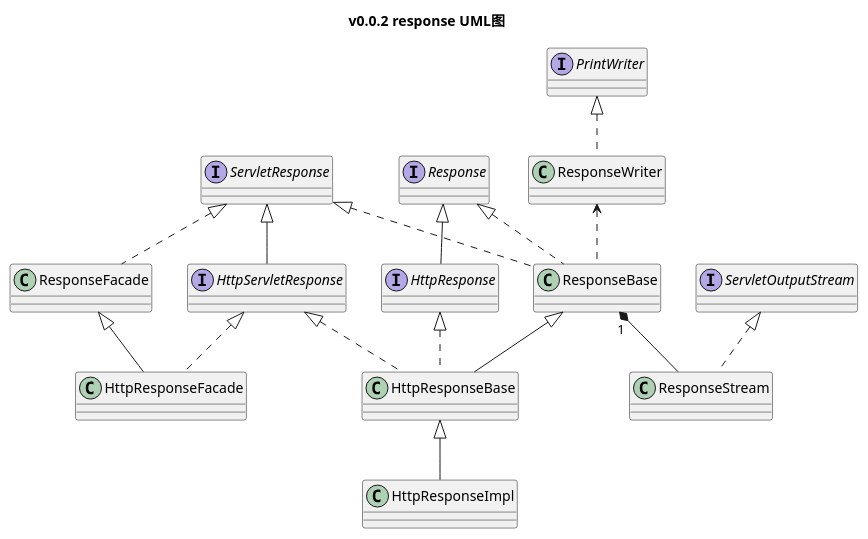
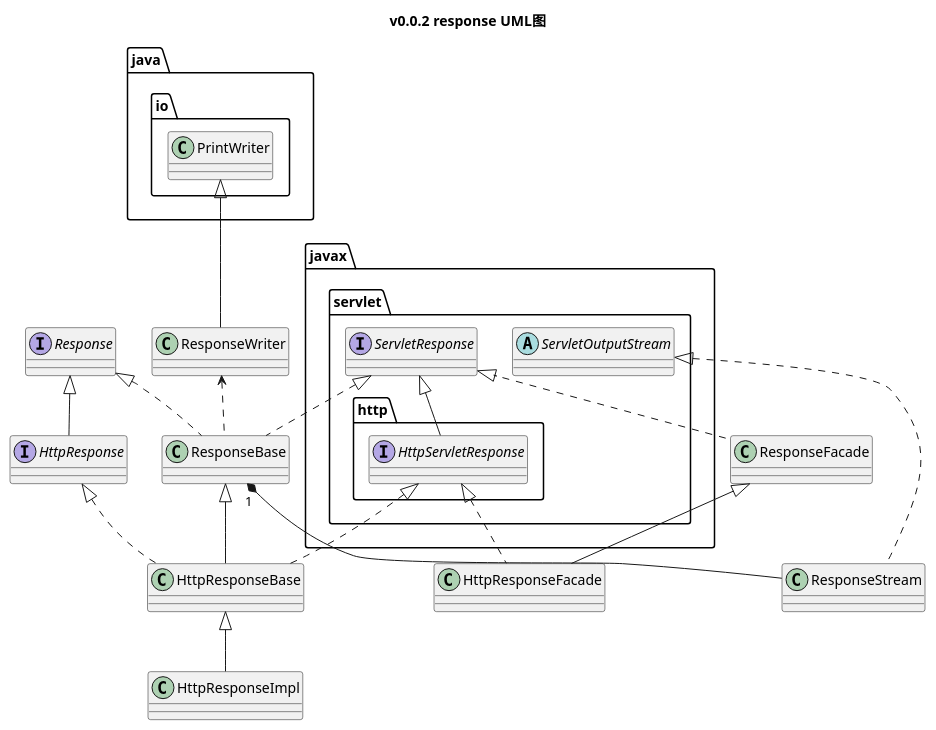
Before and after one commit to Executioner2/http-server: the diagram in uml/v0.0.2/response.puml, drawn with PlantUML. The commit also changed 10 other files, not shown here.

```diff
--- a/uml/v0.0.2/response.puml
+++ b/uml/v0.0.2/response.puml
@@ -1,34 +1,34 @@
 @startuml
 
 title v0.0.2 response UML图
 interface Response
-interface ServletResponse
-interface HttpServletResponse
+interface javax.servlet.ServletResponse
+interface javax.servlet.http.HttpServletResponse
 interface HttpResponse
-interface ServletOutputStream
-interface PrintWriter
+abstract class javax.servlet.ServletOutputStream
+class java.io.PrintWriter
 class ResponseBase
 class HttpResponseBase
 class HttpResponseImpl
 class ResponseFacade
 class HttpResponseFacade
 class ResponseWriter
 class ResponseStream
 
 Response <|-- HttpResponse
-ServletResponse <|-- HttpServletResponse
+javax.servlet.ServletResponse <|-- javax.servlet.http.HttpServletResponse
 ResponseBase <|-- HttpResponseBase
 ResponseFacade <|-- HttpResponseFacade
 HttpResponseBase <|-- HttpResponseImpl
+java.io.PrintWriter <|-- ResponseWriter
 Response <|.. ResponseBase
 HttpResponse <|.. HttpResponseBase
-ServletResponse <|.. ResponseBase
-HttpServletResponse <|.. HttpResponseBase
-ServletResponse <|.. ResponseFacade
-HttpServletResponse <|.. HttpResponseFacade
-PrintWriter <|.. ResponseWriter
-ServletOutputStream <|.. ResponseStream
+javax.servlet.ServletResponse <|.. ResponseBase
+javax.servlet.http.HttpServletResponse <|.. HttpResponseBase
+javax.servlet.ServletResponse <|.. ResponseFacade
+javax.servlet.http.HttpServletResponse <|.. HttpResponseFacade
+javax.servlet.ServletOutputStream <|.. ResponseStream
 ResponseBase "1" *-- ResponseStream
 ResponseWriter <.. ResponseBase
 
 @enduml
```
